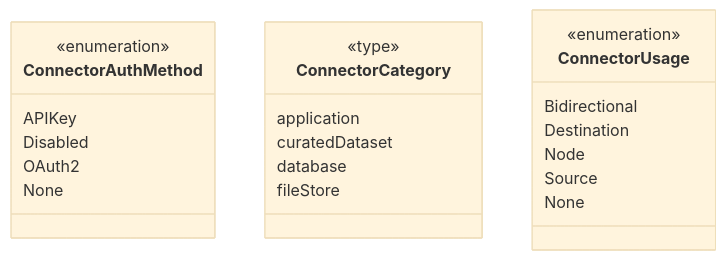
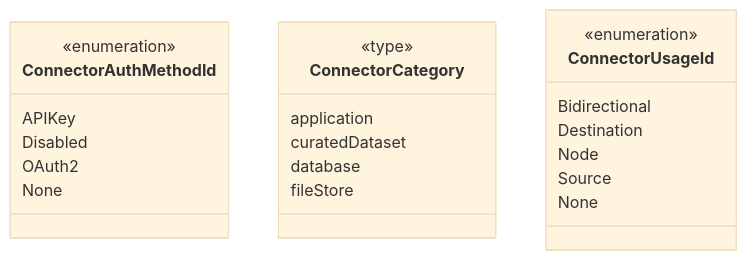
One commit to data-positioning/datapos-shared changed the fifth of 15 diagrams in README.md. Above: the diagram before and after it, drawn with Mermaid (base theme). The commit also changed other lines of this file and 4 other files, not shown here.

````diff
--- a/README.md
+++ b/README.md
@@ -174,29 +174,29 @@
 ```mermaid
 classDiagram
     direction TB
 
-    class ConnectorAuthMethod {
+    class ConnectorAuthMethodId {
         <<enumeration>>
         APIKey
         Disabled
         OAuth2
         None
     }
 
     class ConnectorCategory {
         <<type>>
         application
         curatedDataset
         database
         fileStore
     }
 
-    class ConnectorUsage {
+    class ConnectorUsageId {
         <<enumeration>>
         Bidirectional
         Destination
         Node
         Source
         None
     }
 ```
````
